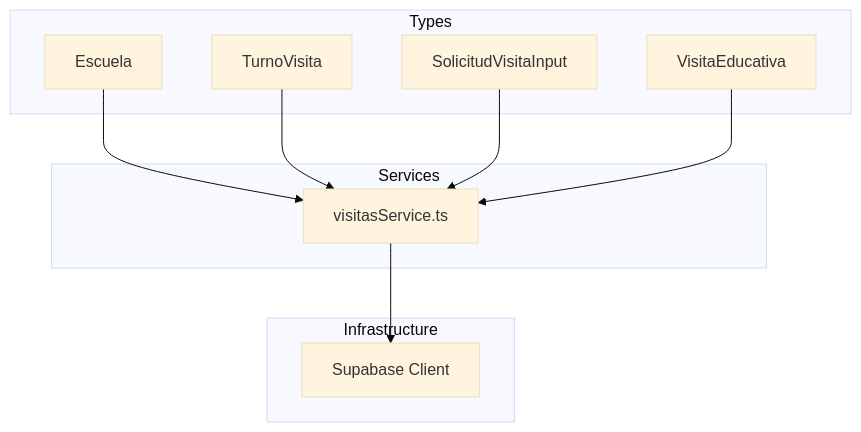
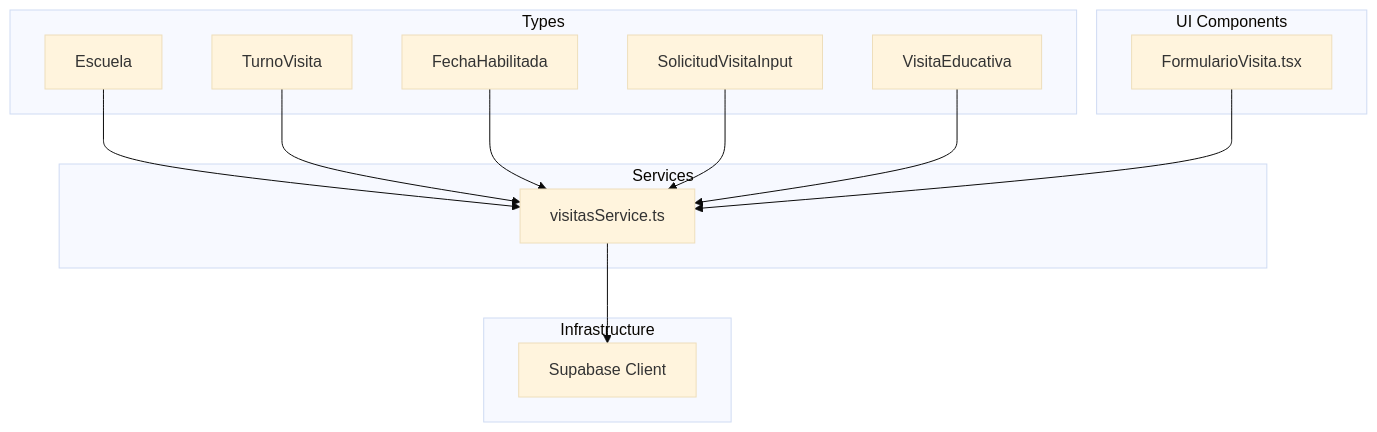
Before and after one commit to AgusCatra/simu-twin-web: the first of 4 diagrams in .qoder/repowiki/en/content/Core Services & Business Logic/Core Services & Business Logic.md, drawn with Mermaid (base theme). The commit also changed other lines of this file and 4 other files, not shown here.

````diff
--- a/.qoder/repowiki/en/content/Core Services & Business Logic/Core Services & Business Logic.md
+++ b/.qoder/repowiki/en/content/Core Services & Business Logic/Core Services & Business Logic.md
@@ -31,20 +43,26 @@
 ```mermaid
 graph TB
 subgraph "Types"
 T1["Escuela"]
 T2["TurnoVisita"]
-T3["SolicitudVisitaInput"]
-T4["VisitaEducativa"]
+T3["FechaHabilitada"]
+T4["SolicitudVisitaInput"]
+T5["VisitaEducativa"]
 end
 subgraph "Infrastructure"
 S["Supabase Client"]
 end
 subgraph "Services"
 V["visitasService.ts"]
 end
+subgraph "UI Components"
+U["FormularioVisita.tsx"]
+end
 T1 --> V
 T2 --> V
 T3 --> V
 T4 --> V
+T5 --> V
 V --> S
+U --> V
 ```
````
